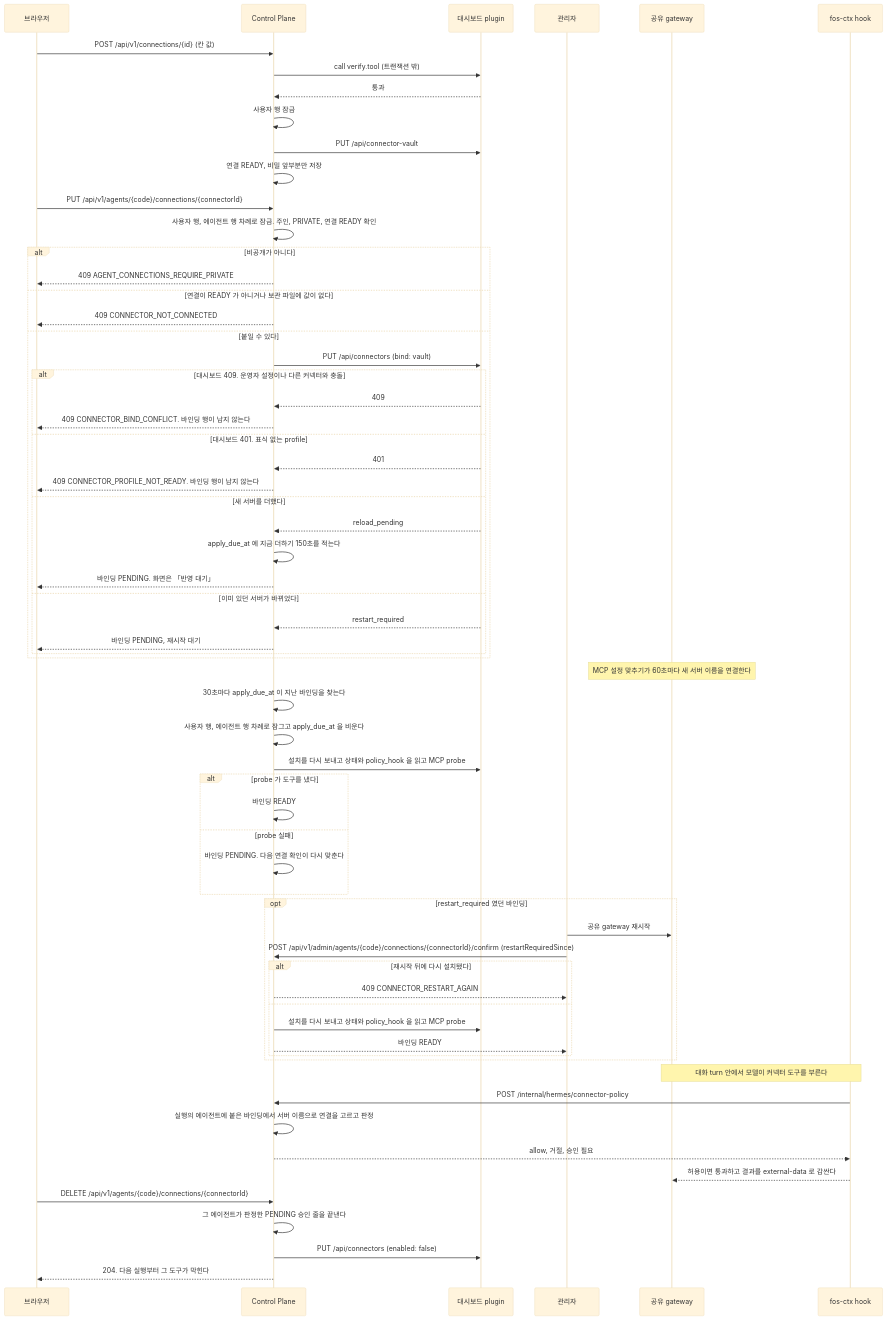
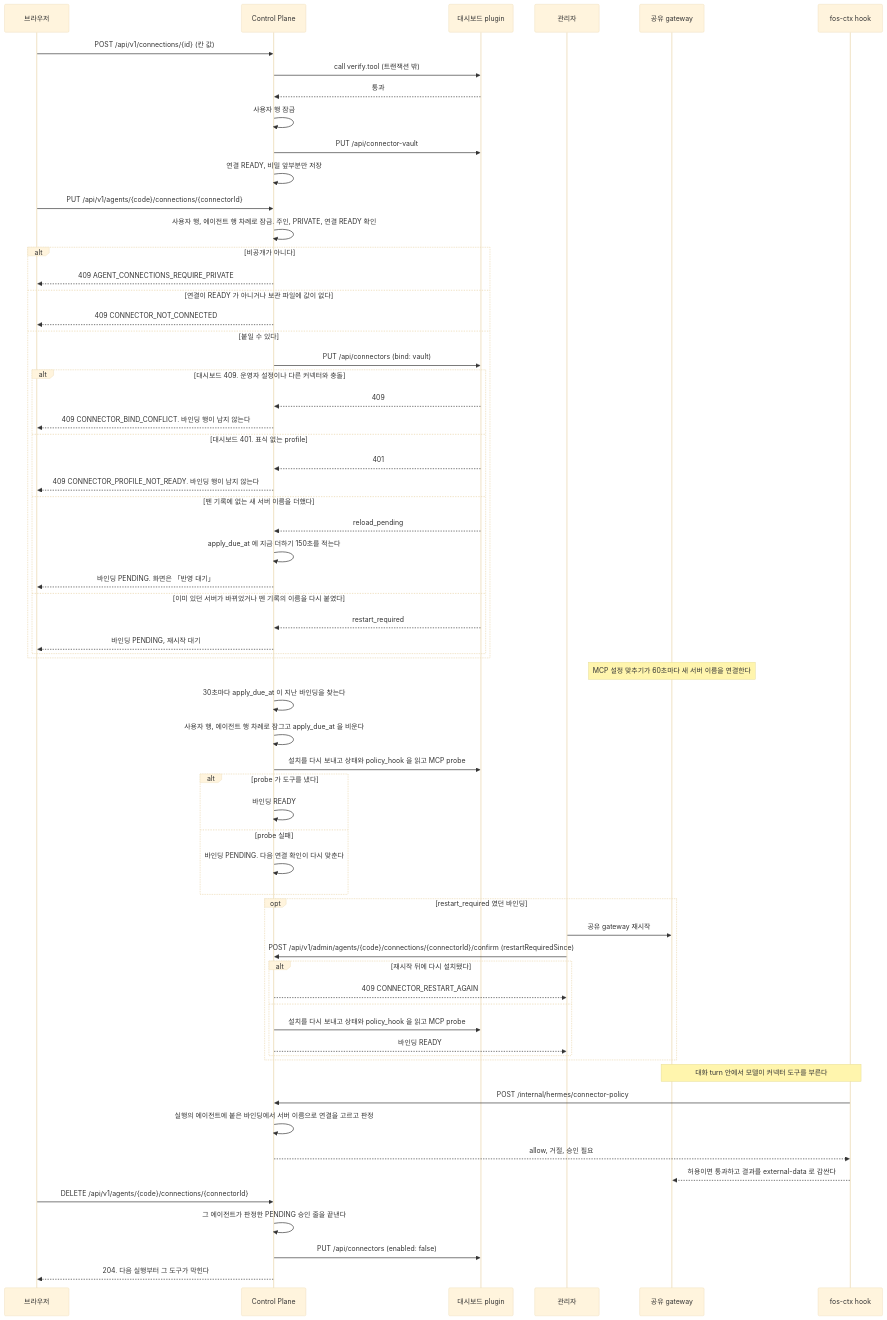
Before and after one commit to jon890/fos-assistant: the fifth of 8 diagrams in docs/flow.md, drawn with Mermaid (base theme). The commit also changed other lines of this file and 8 other files, not shown here.

````diff
--- a/docs/flow.md
+++ b/docs/flow.md
@@ -203,72 +203,72 @@
 ```mermaid
 sequenceDiagram
     participant B as 브라우저
     participant C as Control Plane
     participant D as 대시보드 plugin
     participant A as 관리자
     participant G as 공유 gateway
     participant H as fos-ctx hook
 
     B->>C: POST /api/v1/connections/{id} (칸 값)
     C->>D: call verify.tool (트랜잭션 밖)
     D-->>C: 통과
     C->>C: 사용자 행 잠금
     C->>D: PUT /api/connector-vault
     C->>C: 연결 READY, 비밀 앞부분만 저장
 
     B->>C: PUT /api/v1/agents/{code}/connections/{connectorId}
     C->>C: 사용자 행, 에이전트 행 차례로 잠금. 주인, PRIVATE, 연결 READY 확인
     alt 비공개가 아니다
         C-->>B: 409 AGENT_CONNECTIONS_REQUIRE_PRIVATE
     else 연결이 READY 가 아니거나 보관 파일에 값이 없다
         C-->>B: 409 CONNECTOR_NOT_CONNECTED
     else 붙일 수 있다
         C->>D: PUT /api/connectors (bind: vault)
         alt 대시보드 409. 운영자 설정이나 다른 커넥터와 충돌
             D-->>C: 409
             C-->>B: 409 CONNECTOR_BIND_CONFLICT. 바인딩 행이 남지 않는다
         else 대시보드 401. 표식 없는 profile
             D-->>C: 401
             C-->>B: 409 CONNECTOR_PROFILE_NOT_READY. 바인딩 행이 남지 않는다
-        else 새 서버를 더했다
+        else 뗀 기록에 없는 새 서버 이름을 더했다
             D-->>C: reload_pending
             C->>C: apply_due_at 에 지금 더하기 150초를 적는다
             C-->>B: 바인딩 PENDING. 화면은 「반영 대기」
-        else 이미 있던 서버가 바뀌었다
+        else 이미 있던 서버가 바뀌었거나 뗀 기록의 이름을 다시 붙였다
             D-->>C: restart_required
             C-->>B: 바인딩 PENDING, 재시작 대기
         end
     end
 
     Note over G: MCP 설정 맞추기가 60초마다 새 서버 이름을 연결한다
     C->>C: 30초마다 apply_due_at 이 지난 바인딩을 찾는다
     C->>C: 사용자 행, 에이전트 행 차례로 잠그고 apply_due_at 을 비운다
     C->>D: 설치를 다시 보내고 상태와 policy_hook 을 읽고 MCP probe
     alt probe 가 도구를 냈다
         C->>C: 바인딩 READY
     else probe 실패
         C->>C: 바인딩 PENDING. 다음 연결 확인이 다시 맞춘다
     end
 
     opt restart_required 였던 바인딩
         A->>G: 공유 gateway 재시작
         A->>C: POST /api/v1/admin/agents/{code}/connections/{connectorId}/confirm (restartRequiredSince)
         alt 재시작 뒤에 다시 설치됐다
             C-->>A: 409 CONNECTOR_RESTART_AGAIN
         else
             C->>D: 설치를 다시 보내고 상태와 policy_hook 을 읽고 MCP probe
             C-->>A: 바인딩 READY
         end
     end
 
     Note over G,H: 대화 turn 안에서 모델이 커넥터 도구를 부른다
     H->>C: POST /internal/hermes/connector-policy
     C->>C: 실행의 에이전트에 붙은 바인딩에서 서버 이름으로 연결을 고르고 판정
     C-->>H: allow, 거절, 승인 필요
     H-->>G: 허용이면 통과하고 결과를 external-data 로 감싼다
 
     B->>C: DELETE /api/v1/agents/{code}/connections/{connectorId}
     C->>C: 그 에이전트가 판정한 PENDING 승인 줄을 끝낸다
     C->>D: PUT /api/connectors (enabled: false)
     C-->>B: 204. 다음 실행부터 그 도구가 막힌다
 ```
````
